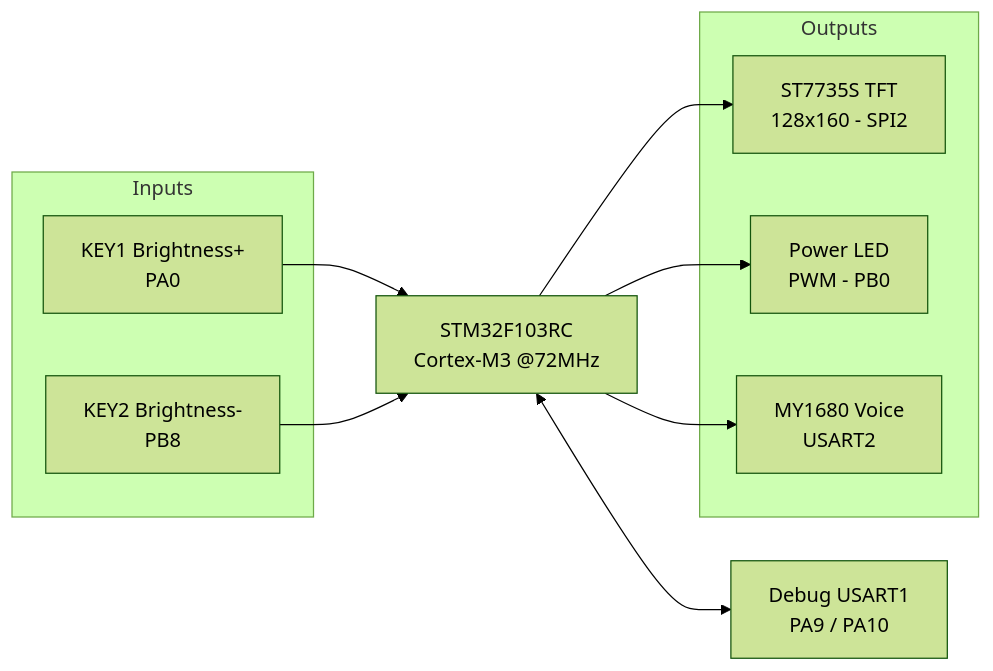
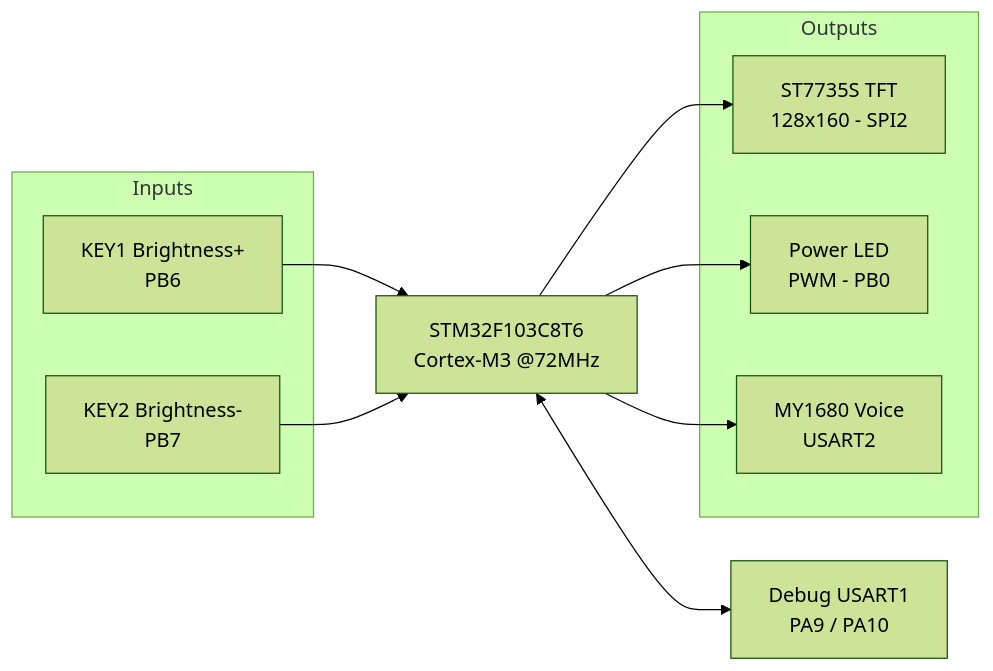
The first of 2 diagrams in README.en.md (musuixin01/stm32-smart-eye-care-lamp), drawn with Mermaid (forest theme) before and after one commit. The commit also changed other lines of this file and 5 other files, not shown here.

First line of the commit message:
docs: update hardware to C8T6 + add official schematic

````diff
--- a/README.en.md
+++ b/README.en.md
@@ -38,20 +38,20 @@
 ```mermaid
 flowchart LR
     subgraph IN[Inputs]
-        K1["KEY1 Brightness+<br/>PA0"]
-        K2["KEY2 Brightness-<br/>PB8"]
+        K1["KEY1 Brightness+<br/>PB6"]
+        K2["KEY2 Brightness-<br/>PB7"]
     end
-    MCU["STM32F103RC<br/>Cortex-M3 @72MHz"]
+    MCU["STM32F103C8T6<br/>Cortex-M3 @72MHz"]
     subgraph OUT[Outputs]
         TFT["ST7735S TFT<br/>128x160 - SPI2"]
         LED["Power LED<br/>PWM - PB0"]
         VOICE["MY1680 Voice<br/>USART2"]
     end
     DBG["Debug USART1<br/>PA9 / PA10"]
     K1 --> MCU
     K2 --> MCU
     MCU --> TFT
     MCU --> LED
     MCU --> VOICE
     MCU <--> DBG
 ```
````
